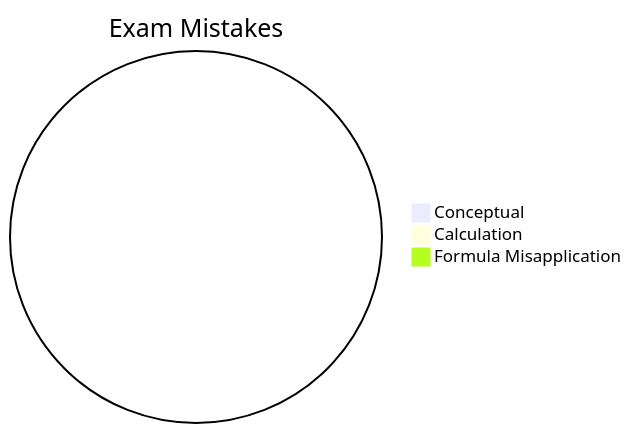
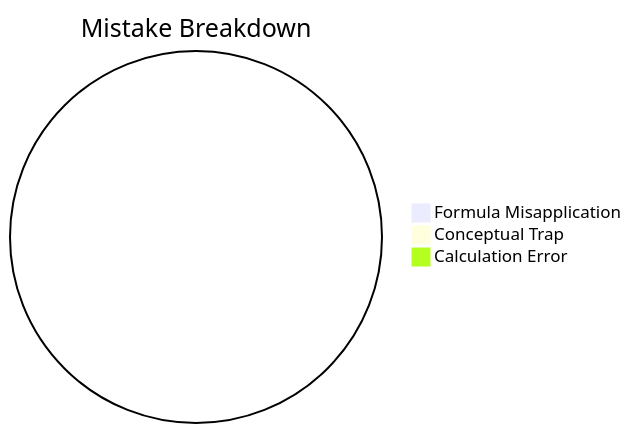
Before and after one commit to skc-coder/SAGE: the second of 2 diagrams in content/cds/cds_overview.md, drawn with Mermaid. The commit also changed other lines of this file and 15 other files, not shown here.

````diff
--- a/content/cds/cds_overview.md
+++ b/content/cds/cds_overview.md
@@ -25,6 +13,6 @@
 ```mermaid
-pie title Exam Mistakes
-    "Conceptual" : 0
-    "Calculation" : 0
+pie title Mistake Breakdown
     "Formula Misapplication" : 0
+    "Conceptual Trap" : 0
+    "Calculation Error" : 0
 ```
````
